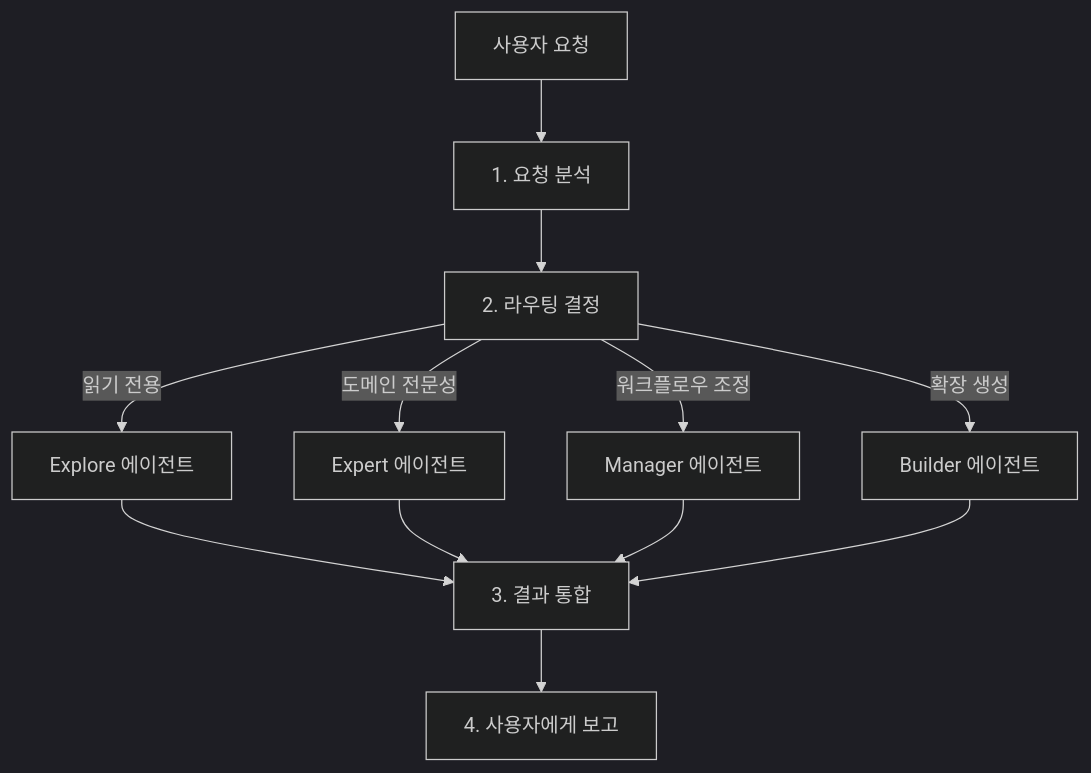
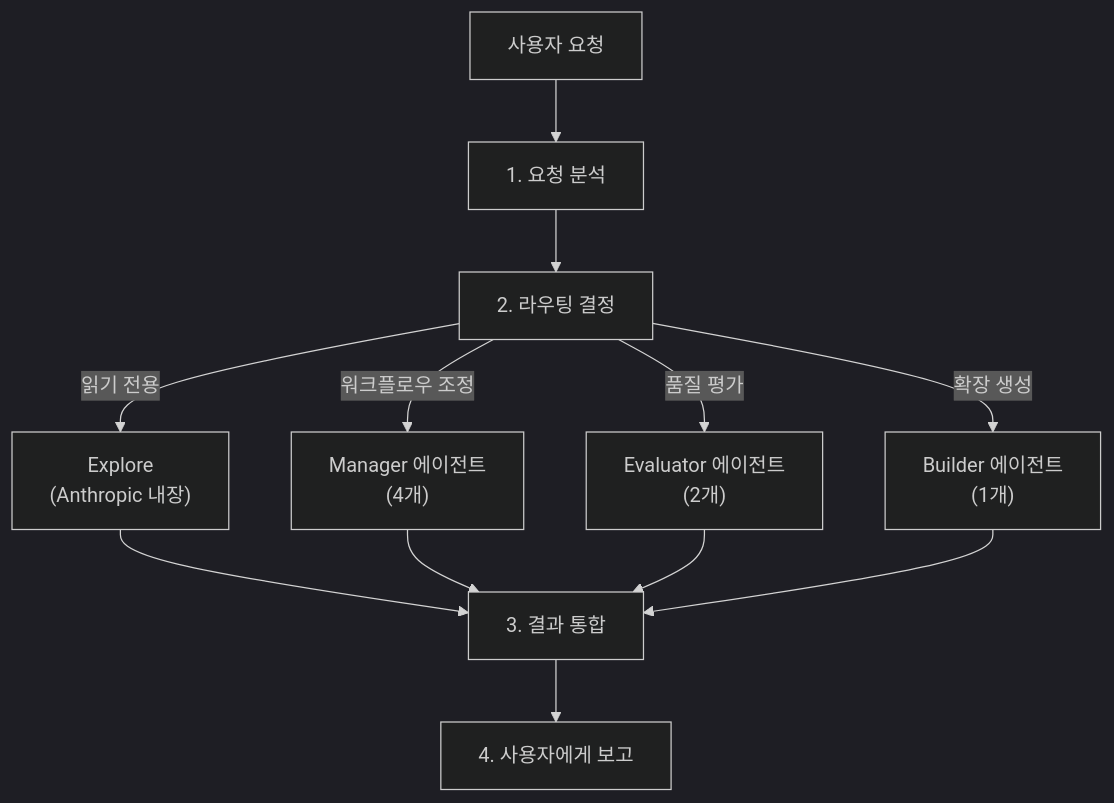
One commit to modu-ai/moai-adk changed the first of 4 diagrams in docs-site/content/ko/advanced/agent-guide.md. Above: the diagram before and after it, drawn with Mermaid (dark theme). The commit also changed other lines of this file and 153 other files, not shown here.

````diff
--- a/docs-site/content/ko/advanced/agent-guide.md
+++ b/docs-site/content/ko/advanced/agent-guide.md
@@ -36,17 +36,17 @@
 ```mermaid
 flowchart TD
     USER[사용자 요청] --> ANALYZE[1. 요청 분석]
     ANALYZE --> ROUTE[2. 라우팅 결정]
 
-    ROUTE -->|읽기 전용| EXPLORE["Explore 에이전트"]
-    ROUTE -->|도메인 전문성| EXPERT["Expert 에이전트"]
-    ROUTE -->|워크플로우 조정| MANAGER["Manager 에이전트"]
-    ROUTE -->|확장 생성| BUILDER["Builder 에이전트"]
+    ROUTE -->|읽기 전용| EXPLORE["Explore<br/>(Anthropic 내장)"]
+    ROUTE -->|워크플로우 조정| MANAGER["Manager 에이전트<br/>(4개)"]
+    ROUTE -->|품질 평가| EVAL["Evaluator 에이전트<br/>(2개)"]
+    ROUTE -->|확장 생성| BUILDER["Builder 에이전트<br/>(1개)"]
 
     EXPLORE --> RESULT[3. 결과 통합]
-    EXPERT --> RESULT
     MANAGER --> RESULT
+    EVAL --> RESULT
     BUILDER --> RESULT
 
     RESULT --> REPORT["4. 사용자에게 보고"]
 ```
````
